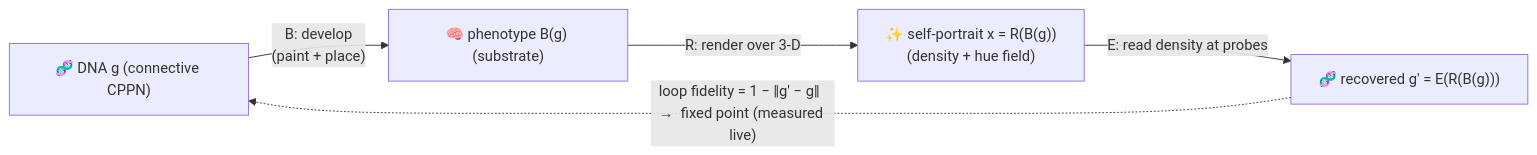
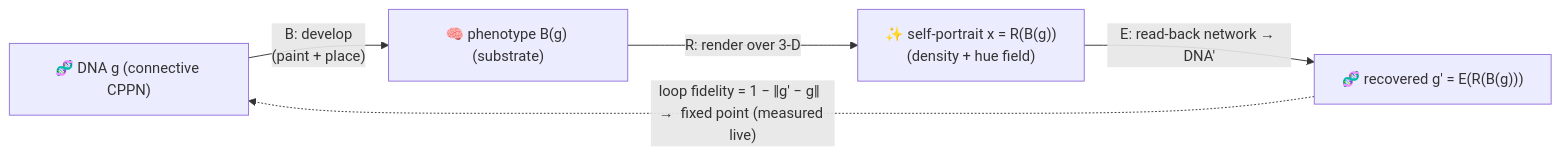
The diagram in docs/WHITEPAPER.md (admiralakber/autograph), drawn with Mermaid before and after one commit. The commit also changed other lines of this file and 7 other files, not shown here.

````diff
--- a/docs/WHITEPAPER.md
+++ b/docs/WHITEPAPER.md
@@ -73,7 +73,7 @@
 ```mermaid
 flowchart LR
   G["🧬 DNA g (connective CPPN)"] -->|"B: develop<br/>(paint + place)"| P["🧠 phenotype B(g) (substrate)"]
   P -->|"R: render over 3-D"| X["✨ self-portrait x = R(B(g))<br/>(density + hue field)"]
-  X -->|"E: read density at probes"| G2["🧬 recovered g′ = E(R(B(g)))"]
+  X -->|"E: read-back network → DNA′"| G2["🧬 recovered g′ = E(R(B(g)))"]
   G2 -. "loop fidelity = 1 − ‖g′ − g‖  →  fixed point (measured live)" .-> G
 ```
````
